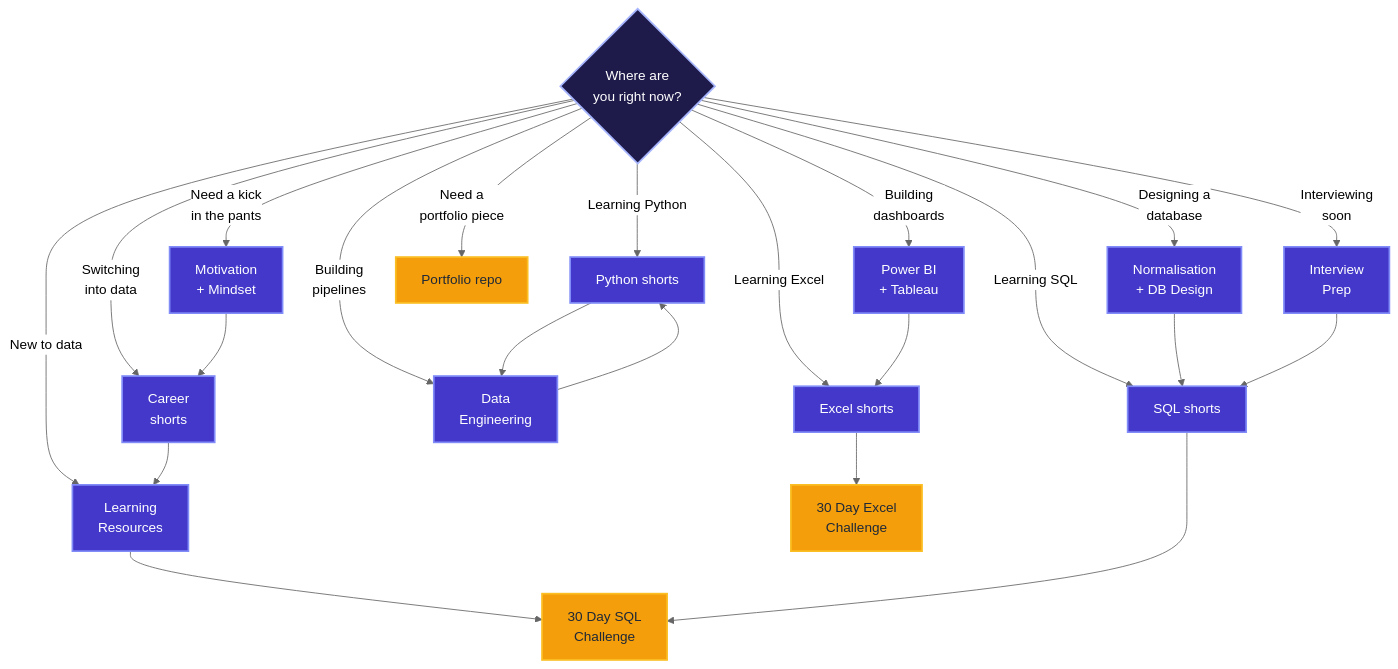
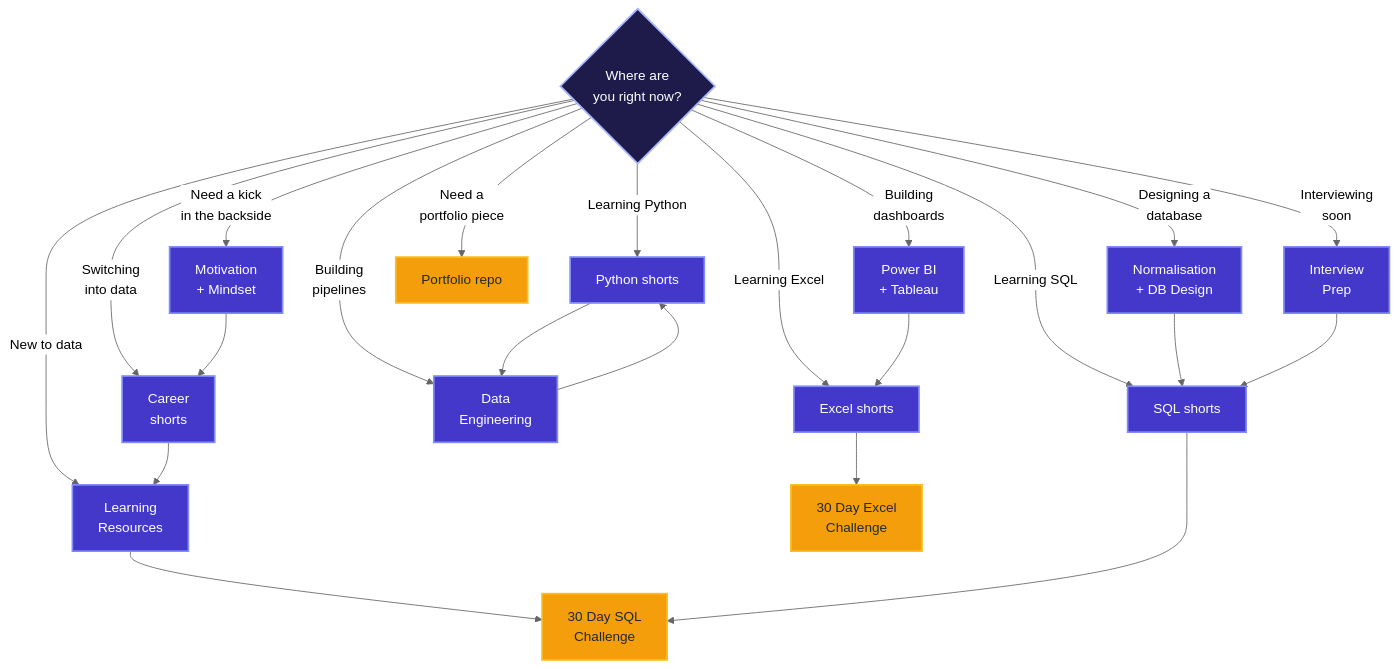
One commit to sdw-online/Data-Shorts-Library changed the second of 2 diagrams in README.md. Above: the diagram before and after it, drawn with Mermaid (neutral theme).

Commit message:
fix(library): absolute URLs for Mermaid click bindings + pants->backside

````diff
--- a/README.md
+++ b/README.md
@@ -31,48 +31,48 @@
 ```mermaid
 flowchart TD
     Q{Where are<br/>you right now?}
 
     Q -->|New to data| LR[Learning<br/>Resources]
     Q -->|Learning SQL| SQL[SQL shorts]
     Q -->|Learning Excel| XL[Excel shorts]
     Q -->|Learning Python| PY[Python shorts]
     Q -->|Building<br/>pipelines| DE[Data<br/>Engineering]
     Q -->|Designing a<br/>database| DB[Normalisation<br/>+ DB Design]
     Q -->|Interviewing<br/>soon| IP[Interview<br/>Prep]
     Q -->|Switching<br/>into data| DA[Career<br/>shorts]
     Q -->|Building<br/>dashboards| BI[Power BI<br/>+ Tableau]
     Q -->|Need a<br/>portfolio piece| PT[Portfolio repo]
-    Q -->|Need a kick<br/>in the pants| MM[Motivation<br/>+ Mindset]
+    Q -->|Need a kick<br/>in the backside| MM[Motivation<br/>+ Mindset]
 
     LR --> SC[30 Day SQL<br/>Challenge]
     SQL --> SC
     XL --> EC[30 Day Excel<br/>Challenge]
     PY --> DE
     DE --> PY
     DB --> SQL
     IP --> SQL
     DA --> LR
     BI --> XL
     MM --> DA
 
-    click LR "./categories/learning-resources.md"
-    click SQL "./categories/sql.md"
-    click XL "./categories/excel.md"
-    click PY "./categories/python.md"
-    click DE "./categories/data-engineering.md"
-    click DB "./categories/normalisation-db-design.md"
-    click IP "./categories/interview-prep.md"
-    click DA "./categories/data-analytics-career.md"
-    click BI "./categories/power-bi-tableau.md"
-    click MM "./categories/motivation-mindset.md"
+    click LR "https://github.com/sdw-online/Data-Shorts-Library/blob/main/categories/learning-resources.md" _blank
+    click SQL "https://github.com/sdw-online/Data-Shorts-Library/blob/main/categories/sql.md" _blank
+    click XL "https://github.com/sdw-online/Data-Shorts-Library/blob/main/categories/excel.md" _blank
+    click PY "https://github.com/sdw-online/Data-Shorts-Library/blob/main/categories/python.md" _blank
+    click DE "https://github.com/sdw-online/Data-Shorts-Library/blob/main/categories/data-engineering.md" _blank
+    click DB "https://github.com/sdw-online/Data-Shorts-Library/blob/main/categories/normalisation-db-design.md" _blank
+    click IP "https://github.com/sdw-online/Data-Shorts-Library/blob/main/categories/interview-prep.md" _blank
+    click DA "https://github.com/sdw-online/Data-Shorts-Library/blob/main/categories/data-analytics-career.md" _blank
+    click BI "https://github.com/sdw-online/Data-Shorts-Library/blob/main/categories/power-bi-tableau.md" _blank
+    click MM "https://github.com/sdw-online/Data-Shorts-Library/blob/main/categories/motivation-mindset.md" _blank
     click SC "https://github.com/sdw-online/30-Day-SQL-Challenge" _blank
     click EC "https://github.com/sdw-online/30-Day-Excel-Challenge" _blank
     click PT "https://github.com/sdw-online/Data-Projects-Portfolio" _blank
 
     classDef start fill:#1e1b4b,stroke:#a5b4fc,stroke-width:2px,color:#ffffff
     classDef cat fill:#4338ca,stroke:#818cf8,stroke-width:2px,color:#ffffff
     classDef ext fill:#f59e0b,stroke:#fbbf24,stroke-width:2px,color:#1f2937
     class Q start
     class LR,SQL,XL,PY,DE,DB,IP,DA,BI,MM cat
     class SC,EC,PT ext
 ```
````
